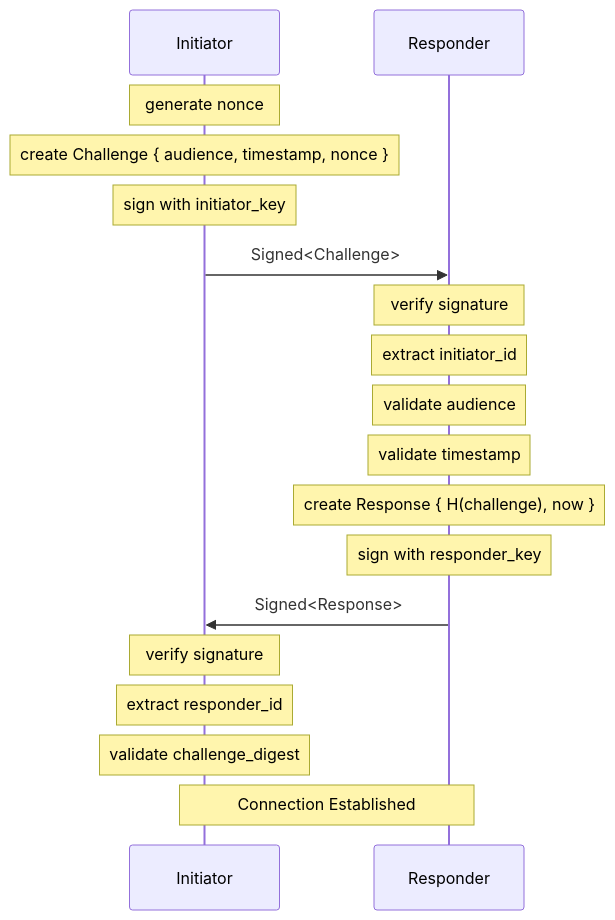
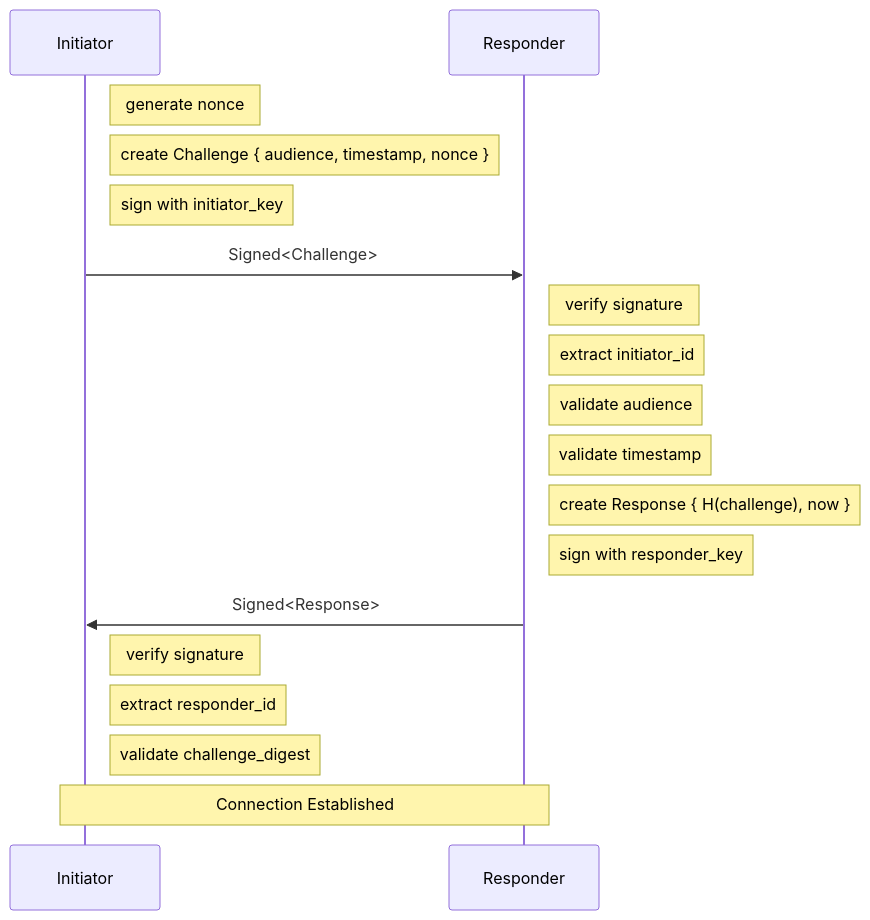
One commit to inkandswitch/subduction changed the third of 4 diagrams in design/handshake.md. Above: the diagram before and after it, drawn with Mermaid. The commit also changed other lines of this file, not shown here.

Commit message:
Improve diagrams

````diff
--- a/design/handshake.md
+++ b/design/handshake.md
@@ -185,26 +186,26 @@
 ```mermaid
 sequenceDiagram
     participant I as Initiator
     participant R as Responder
 
-    Note over I: generate nonce
-    Note over I: create Challenge { audience, timestamp, nonce }
-    Note over I: sign with initiator_key
+    Note right of I: generate nonce
+    Note right of I: create Challenge { audience, timestamp, nonce }
+    Note right of I: sign with initiator_key
 
     I->>R: Signed<Challenge>
 
-    Note over R: verify signature
-    Note over R: extract initiator_id
-    Note over R: validate audience
-    Note over R: validate timestamp
-    Note over R: create Response { H(challenge), now }
-    Note over R: sign with responder_key
+    Note right of R: verify signature
+    Note right of R: extract initiator_id
+    Note right of R: validate audience
+    Note right of R: validate timestamp
+    Note right of R: create Response { H(challenge), now }
+    Note right of R: sign with responder_key
 
     R->>I: Signed<Response>
 
-    Note over I: verify signature
-    Note over I: extract responder_id
-    Note over I: validate challenge_digest
+    Note right of I: verify signature
+    Note right of I: extract responder_id
+    Note right of I: validate challenge_digest
 
     Note over I,R: Connection Established
 ```
````
